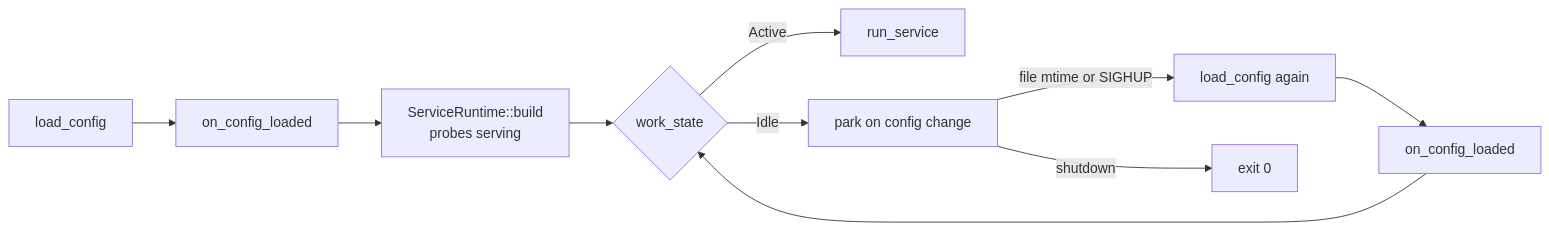
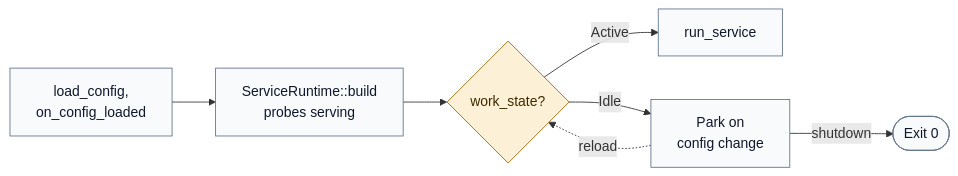
One commit to hyperi-io/scalo-rs changed the diagram in docs/core-pillars/lifecycle.md. Above: the diagram before and after it, drawn with Mermaid. The commit also changed other lines of this file and 55 other files, not shown here.

First line of the commit message:
docs(scalo-rs): redraw every diagram and fix claims against code

````diff
--- a/docs/core-pillars/lifecycle.md
+++ b/docs/core-pillars/lifecycle.md
@@ -45,12 +47,23 @@
 ```mermaid
 flowchart LR
-    L["load_config"] --> H["on_config_loaded"]
-    H --> R["ServiceRuntime::build<br/>probes serving"]
-    R --> W{"work_state"}
-    W -->|Active| S["run_service"]
-    W -->|Idle| P["park on config change"]
-    P -->|file mtime or SIGHUP| L2["load_config again"]
-    L2 --> H2["on_config_loaded"]
-    H2 --> W
-    P -->|shutdown| X["exit 0"]
+    accTitle: L4 Detail -- Idle gate
+    accDescr: run_app loads the config and calls on_config_loaded, builds the ServiceRuntime so the probes serve, then asks work_state. Active runs the service. Idle parks until the config changes, which reloads it and asks again, or until shutdown, which exits 0.
+
+    load["load_config,<br/>on_config_loaded"]
+    build["ServiceRuntime::build<br/>probes serving"]
+    state{"work_state?"}
+    run["run_service"]
+    park["Park on<br/>config change"]
+    exit(["Exit 0"])
+
+    load --> build
+    build --> state
+    state -->|Active| run
+    state -->|Idle| park
+    park -->|shutdown| exit
+    park -.->|reload| state
+
+    classDef default fill:#F8FAFC,stroke:#64748B,stroke-width:1px,color:#0F172A
+    classDef decision fill:#FCF1D6,stroke:#9A6700,stroke-width:1px,color:#3D2A00
+    class state decision
 ```
````
